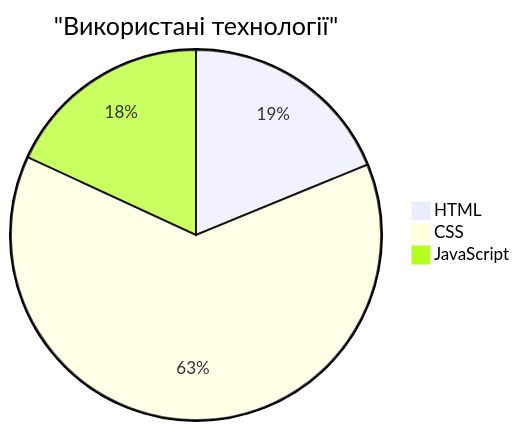
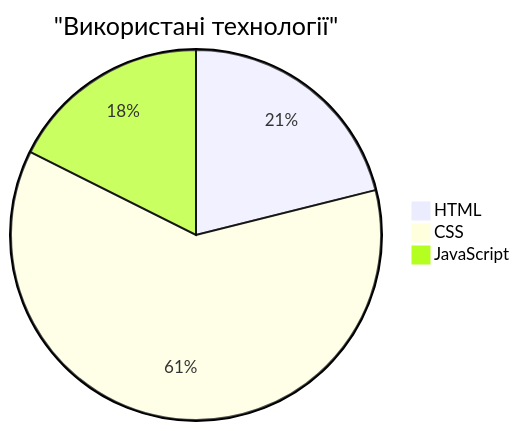
The second of 2 diagrams in README.md (TeslenkoPavlo/SE-practice), drawn with Mermaid before and after one commit.

````diff
--- a/README.md
+++ b/README.md
@@ -29,7 +29,7 @@
 ```mermaid
 pie
     title "Використані технології"
-    "HTML" : 18.8
-    "CSS" : 63.1
-    "JavaScript" : 18.1
+    "HTML" : 21.1
+    "CSS" : 61.3
+    "JavaScript" : 17.6
 ```
````
